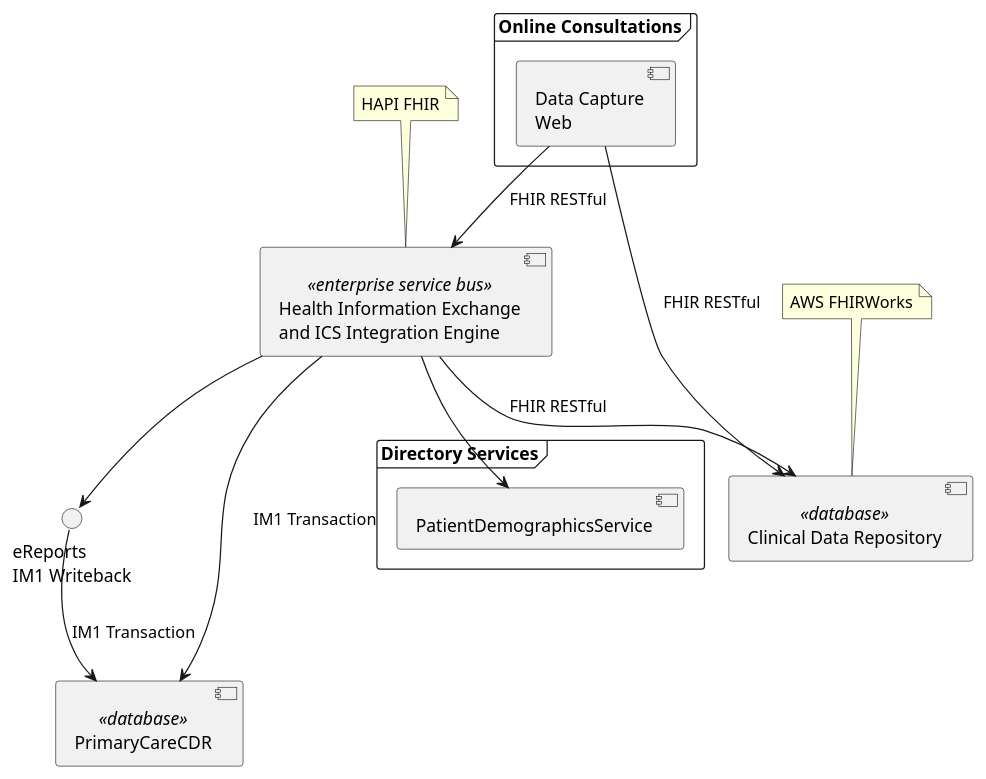
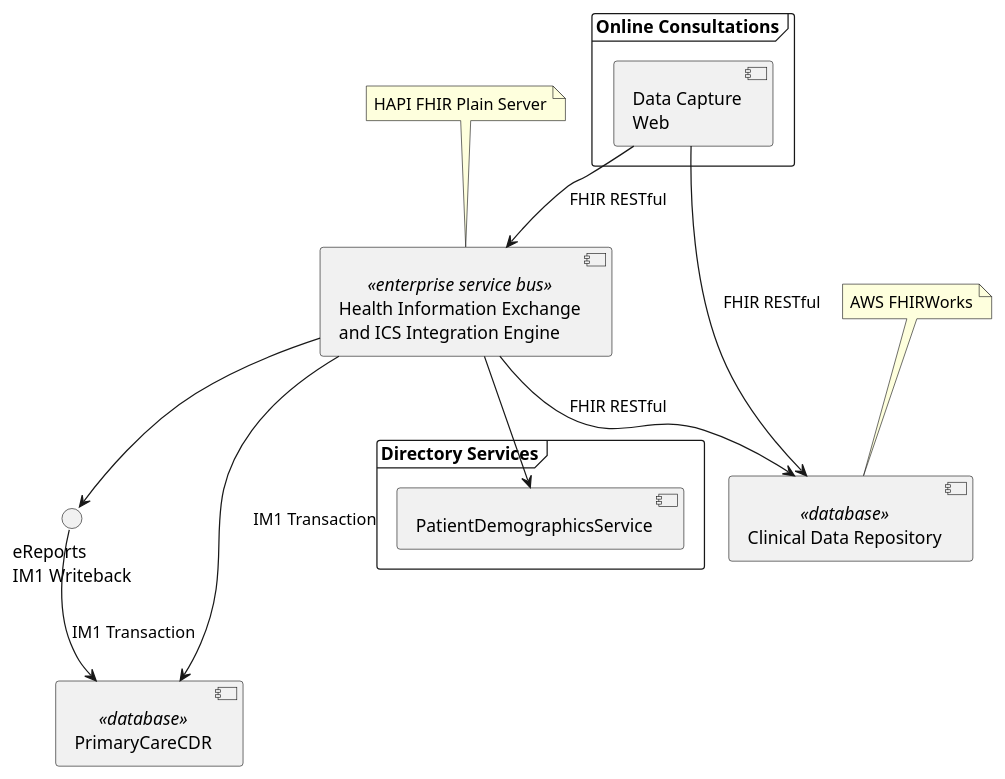
Before and after one commit to Virtually-Healthcare/virtually-healthcare.github.com: the diagram in input/images-source/component-start.plantuml, drawn with PlantUML. The commit also changed 2 other files, not shown here.

```diff
--- a/input/images-source/component-start.plantuml
+++ b/input/images-source/component-start.plantuml
@@ -2,45 +2,45 @@
   @startuml
 
     component "Clinical Data Repository" as ClinicalDataRepository <<database>>
 
     component "Health Information Exchange\nand ICS Integration Engine" as HealthInformationExchange <<enterprise service bus>>
 
-  interface "eReports\nIM1 Writeback" as eReports
+    interface "eReports\nIM1 Writeback" as eReports
 
     component PrimaryCareCDR <<database>>
 
 
     frame "Directory Services" as CSD {
       component "PatientDemographicsService" as PDS
     }
 
     frame "Online Consultations" as online {
       component "Data Capture\nWeb" as DataCaptureWeb
 
     }
 
     note as FHIR
 AWS FHIRWorks
 end note
 
     note as ESB
-HAPI FHIR
+HAPI FHIR Plain Server
 end note
 
 
     FHIR .. ClinicalDataRepository
     ESB .. HealthInformationExchange
 
 
     DataCaptureWeb --> ClinicalDataRepository : FHIR RESTful
     DataCaptureWeb --> HealthInformationExchange : FHIR RESTful
 
 
     HealthInformationExchange --> eReports
     HealthInformationExchange --> PrimaryCareCDR : IM1 Transaction
     HealthInformationExchange --> ClinicalDataRepository : FHIR RESTful
     eReports --> PrimaryCareCDR : IM1 Transaction
 
     HealthInformationExchange --> PDS
 
   @enduml
```
